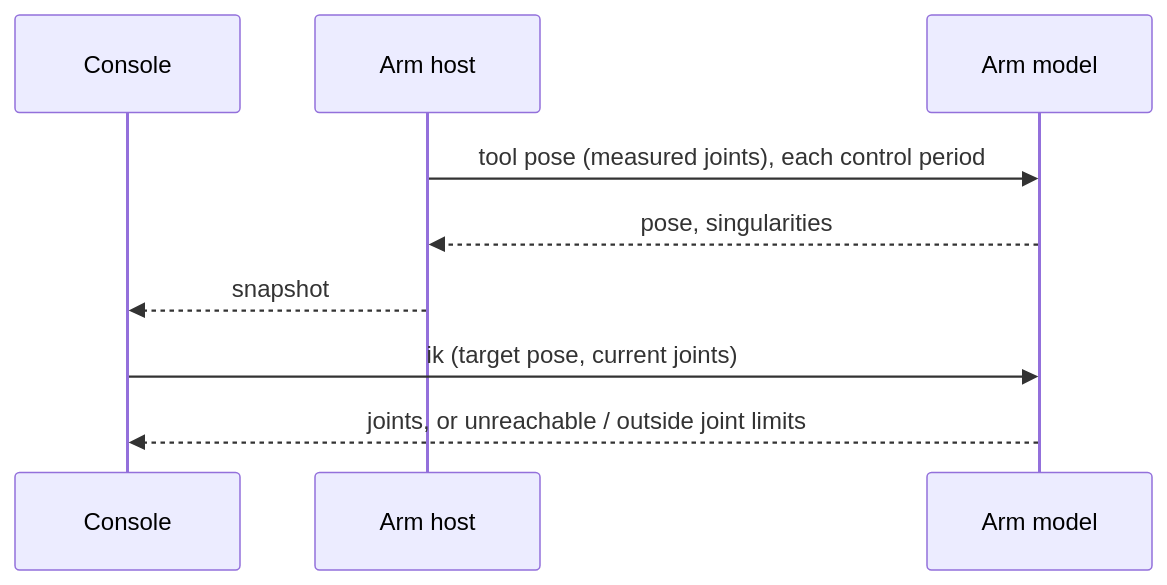
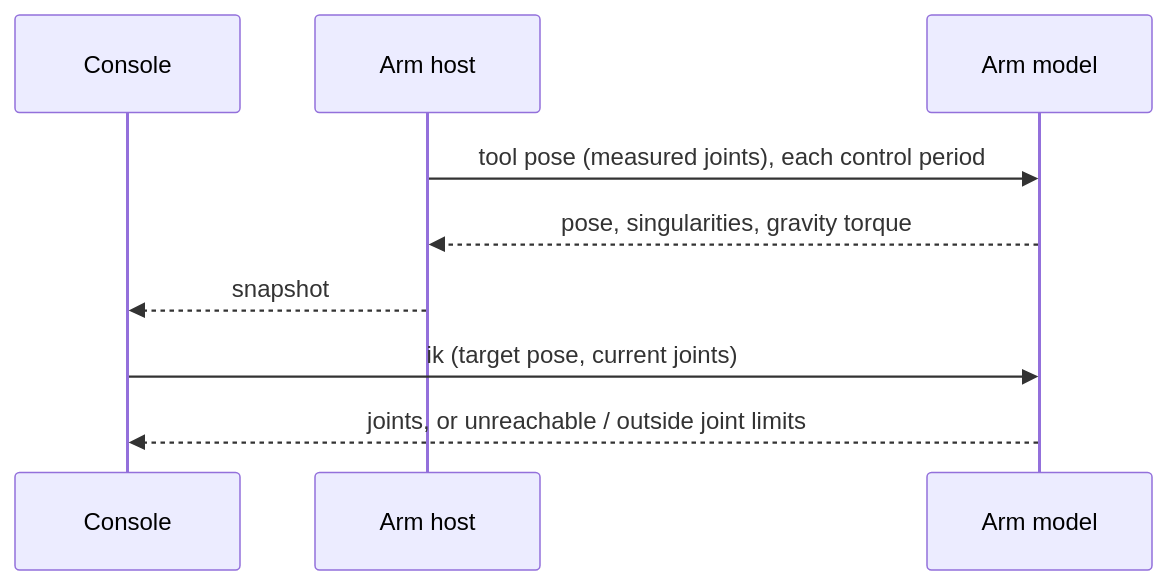
Before and after one commit to embedded-pro/e-robot-arm: the diagram in documentation/design/arm-model.md, drawn with Mermaid. The commit also changed other lines of this file and 20 other files, not shown here.

First line of the commit message:
feat: arm dynamics: link masses, gravity torque, inverse dynamics, mass matrix

````diff
--- a/documentation/design/arm-model.md
+++ b/documentation/design/arm-model.md
@@ -144,11 +184,11 @@
 ```mermaid
 sequenceDiagram
     participant C as Console
     participant H as Arm host
     participant M as Arm model
     H->>M: tool pose (measured joints), each control period
-    M-->>H: pose, singularities
+    M-->>H: pose, singularities, gravity torque
     H-->>C: snapshot
     C->>M: ik (target pose, current joints)
     M-->>C: joints, or unreachable / outside joint limits
 ```
````
